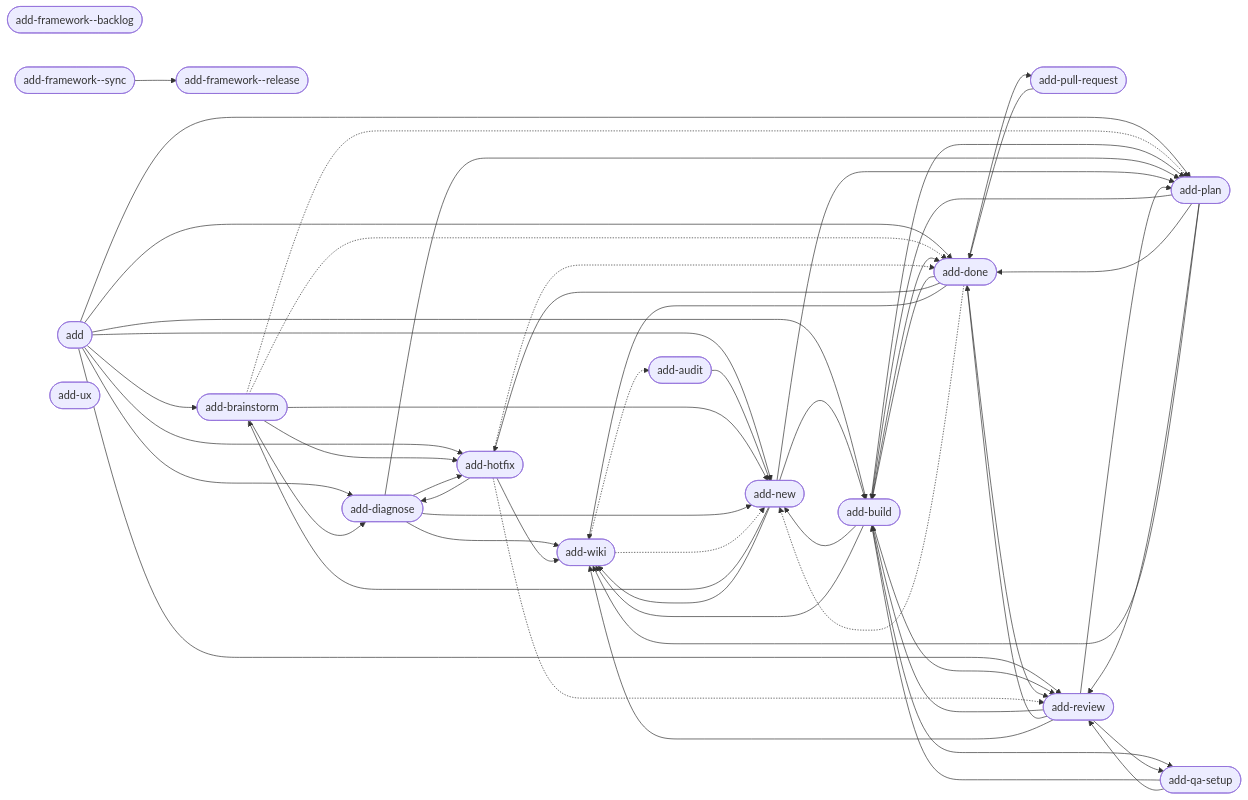
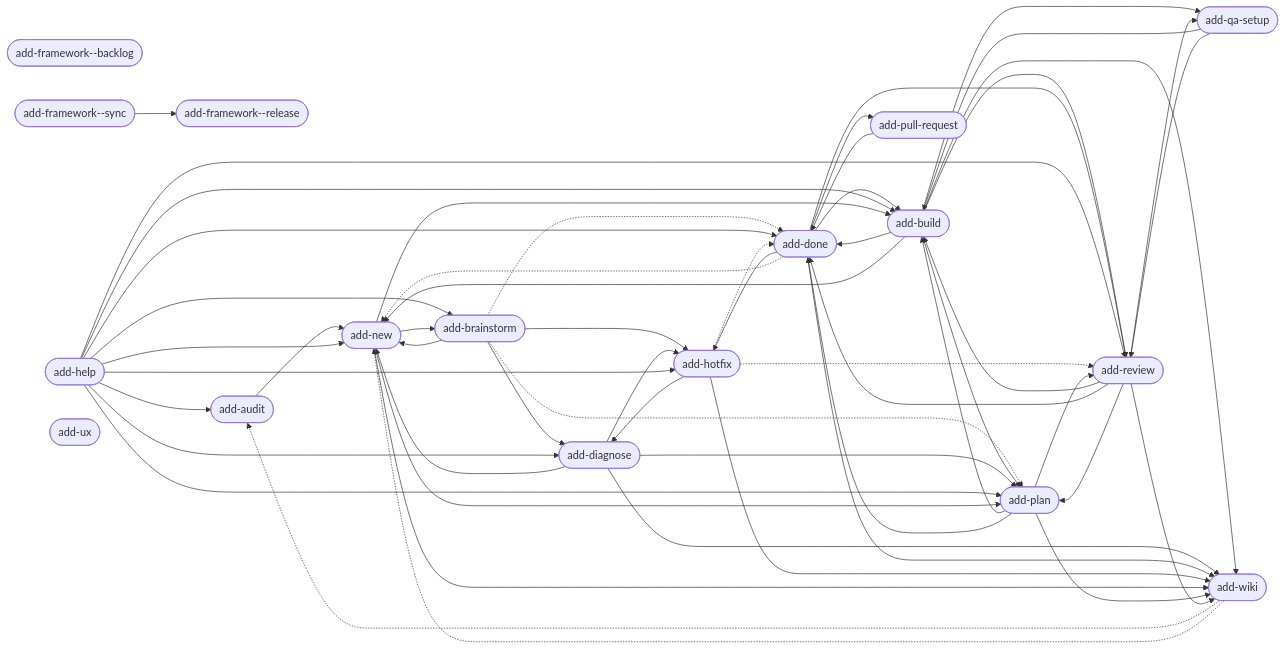
Before and after one commit to brabos-ai/code-addiction: the diagram in web/public/artefact-graph.mmd, drawn with Mermaid.

Commit message:
docs(web): regenerate the artefact graph diagram for add-help
F10: [internal] checked-in diagram

```diff
--- a/web/public/artefact-graph.mmd
+++ b/web/public/artefact-graph.mmd
@@ -1,71 +1,72 @@
 flowchart LR
     n_internal_command_add_framework__backlog(["add-framework--backlog"])
     n_internal_command_add_framework__release(["add-framework--release"])
     n_internal_command_add_framework__sync(["add-framework--sync"])
-    n_product_command_add(["add"])
     n_product_command_add_audit(["add-audit"])
     n_product_command_add_brainstorm(["add-brainstorm"])
     n_product_command_add_build(["add-build"])
     n_product_command_add_diagnose(["add-diagnose"])
     n_product_command_add_done(["add-done"])
+    n_product_command_add_help(["add-help"])
     n_product_command_add_hotfix(["add-hotfix"])
     n_product_command_add_new(["add-new"])
     n_product_command_add_plan(["add-plan"])
     n_product_command_add_pull_request(["add-pull-request"])
     n_product_command_add_qa_setup(["add-qa-setup"])
     n_product_command_add_review(["add-review"])
     n_product_command_add_ux(["add-ux"])
     n_product_command_add_wiki(["add-wiki"])
     n_internal_command_add_framework__sync --> n_internal_command_add_framework__release
-    n_product_command_add --> n_product_command_add_brainstorm
-    n_product_command_add --> n_product_command_add_build
-    n_product_command_add --> n_product_command_add_diagnose
-    n_product_command_add --> n_product_command_add_done
-    n_product_command_add --> n_product_command_add_hotfix
-    n_product_command_add --> n_product_command_add_new
-    n_product_command_add --> n_product_command_add_plan
-    n_product_command_add --> n_product_command_add_review
     n_product_command_add_audit --> n_product_command_add_new
     n_product_command_add_brainstorm --> n_product_command_add_diagnose
     n_product_command_add_brainstorm --> n_product_command_add_hotfix
     n_product_command_add_brainstorm --> n_product_command_add_new
     n_product_command_add_brainstorm -.-> n_product_command_add_done
     n_product_command_add_brainstorm -.-> n_product_command_add_plan
     n_product_command_add_build --> n_product_command_add_done
     n_product_command_add_build --> n_product_command_add_new
     n_product_command_add_build --> n_product_command_add_plan
     n_product_command_add_build --> n_product_command_add_qa_setup
     n_product_command_add_build --> n_product_command_add_review
     n_product_command_add_build --> n_product_command_add_wiki
     n_product_command_add_diagnose --> n_product_command_add_hotfix
     n_product_command_add_diagnose --> n_product_command_add_new
     n_product_command_add_diagnose --> n_product_command_add_plan
     n_product_command_add_diagnose --> n_product_command_add_wiki
     n_product_command_add_done --> n_product_command_add_build
     n_product_command_add_done --> n_product_command_add_hotfix
     n_product_command_add_done --> n_product_command_add_pull_request
     n_product_command_add_done --> n_product_command_add_review
     n_product_command_add_done --> n_product_command_add_wiki
     n_product_command_add_done -.-> n_product_command_add_new
+    n_product_command_add_help --> n_product_command_add_audit
+    n_product_command_add_help --> n_product_command_add_brainstorm
+    n_product_command_add_help --> n_product_command_add_build
+    n_product_command_add_help --> n_product_command_add_diagnose
+    n_product_command_add_help --> n_product_command_add_done
+    n_product_command_add_help --> n_product_command_add_hotfix
+    n_product_command_add_help --> n_product_command_add_new
+    n_product_command_add_help --> n_product_command_add_plan
+    n_product_command_add_help --> n_product_command_add_review
     n_product_command_add_hotfix --> n_product_command_add_diagnose
     n_product_command_add_hotfix --> n_product_command_add_wiki
     n_product_command_add_hotfix -.-> n_product_command_add_done
     n_product_command_add_hotfix -.-> n_product_command_add_review
     n_product_command_add_new --> n_product_command_add_brainstorm
     n_product_command_add_new --> n_product_command_add_build
     n_product_command_add_new --> n_product_command_add_plan
     n_product_command_add_new --> n_product_command_add_wiki
     n_product_command_add_plan --> n_product_command_add_build
     n_product_command_add_plan --> n_product_command_add_done
     n_product_command_add_plan --> n_product_command_add_review
     n_product_command_add_plan --> n_product_command_add_wiki
     n_product_command_add_pull_request --> n_product_command_add_done
     n_product_command_add_qa_setup --> n_product_command_add_build
     n_product_command_add_qa_setup --> n_product_command_add_review
     n_product_command_add_review --> n_product_command_add_build
     n_product_command_add_review --> n_product_command_add_done
     n_product_command_add_review --> n_product_command_add_plan
     n_product_command_add_review --> n_product_command_add_qa_setup
     n_product_command_add_review --> n_product_command_add_wiki
     n_product_command_add_wiki -.-> n_product_command_add_audit
     n_product_command_add_wiki -.-> n_product_command_add_new
```
